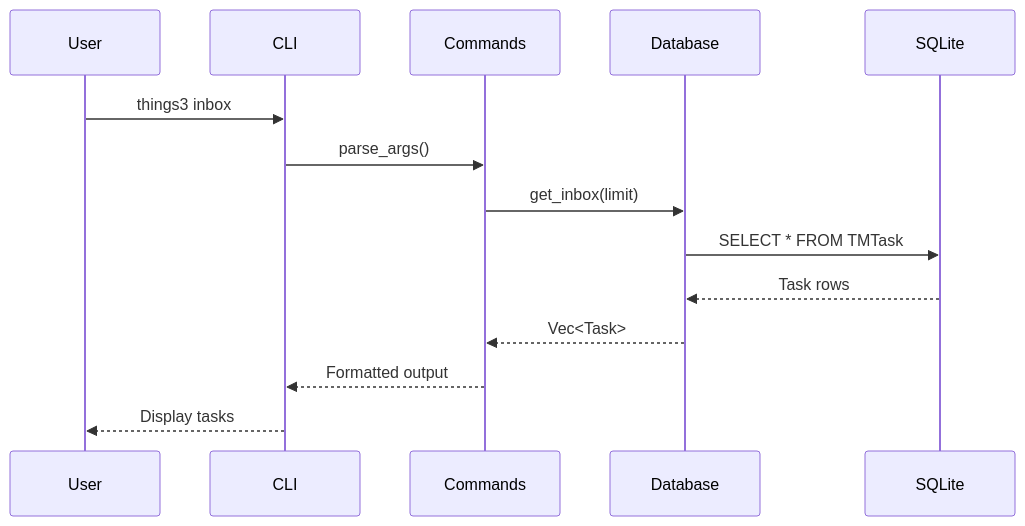
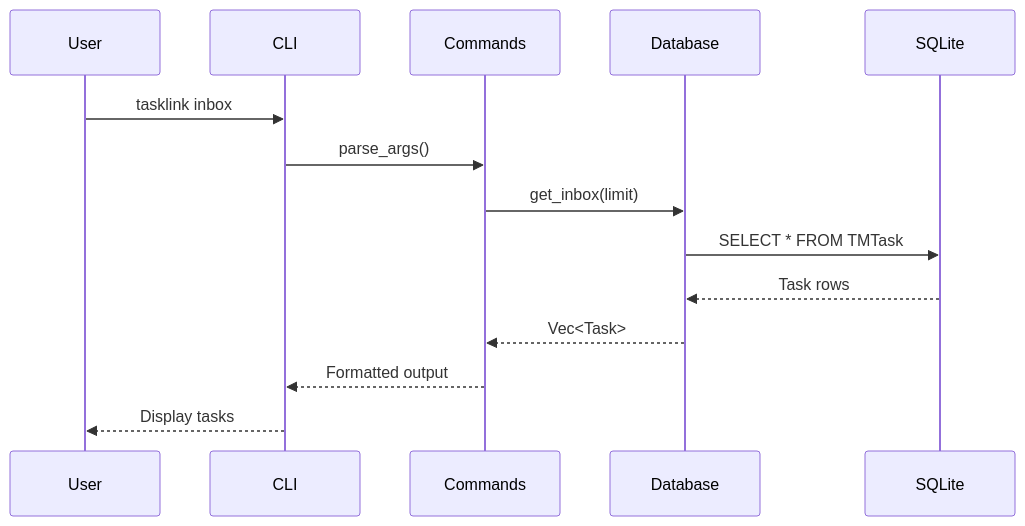
The third of 8 diagrams in docs/ARCHITECTURE.md (GarthDB/rust-things3), drawn with Mermaid before and after one commit. The commit also changed 22 other files, not shown here.

First line of the commit message:
feat: rename CLI binary to tasklink (#243)

````diff
--- a/docs/ARCHITECTURE.md
+++ b/docs/ARCHITECTURE.md
@@ -102,17 +102,17 @@
 ```mermaid
 sequenceDiagram
     participant User
     participant CLI
     participant Commands
     participant Database
     participant SQLite
     
-    User->>CLI: things3 inbox
+    User->>CLI: tasklink inbox
     CLI->>Commands: parse_args()
     Commands->>Database: get_inbox(limit)
     Database->>SQLite: SELECT * FROM TMTask
     SQLite-->>Database: Task rows
     Database-->>Commands: Vec<Task>
     Commands-->>CLI: Formatted output
     CLI-->>User: Display tasks
 ```
````
